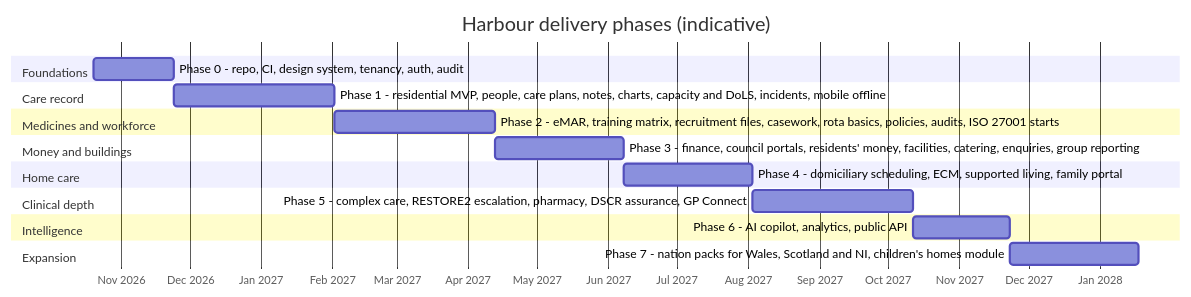
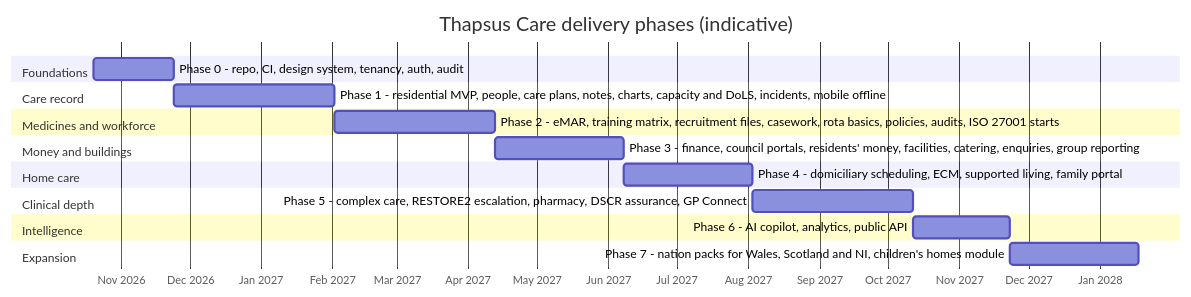
Before and after one commit to Bmwarari2/ROCHE: the fifth of 5 diagrams in docs/00-MASTER-PROMPT.md, drawn with Mermaid. The commit also changed other lines of this file and 376 other files, not shown here.

First line of the commit message:
chore(platform): rename the product to Thapsus Care where people read it (ADR-0127) (#181)

````diff
--- a/docs/00-MASTER-PROMPT.md
+++ b/docs/00-MASTER-PROMPT.md
@@ -918,22 +918,22 @@
 ```mermaid
 gantt
-  title Harbour delivery phases (indicative)
+  title Thapsus Care delivery phases (indicative)
   dateFormat  YYYY-MM-DD
   axisFormat  %b %Y
   section Foundations
   Phase 0 - repo, CI, design system, tenancy, auth, audit       :p0, 2026-10-20, 5w
   section Care record
   Phase 1 - residential MVP, people, care plans, notes, charts, capacity and DoLS, incidents, mobile offline :p1, after p0, 10w
   section Medicines and workforce
   Phase 2 - eMAR, training matrix, recruitment files, casework, rota basics, policies, audits, ISO 27001 starts :p2, after p1, 10w
   section Money and buildings
   Phase 3 - finance, council portals, residents' money, facilities, catering, enquiries, group reporting :p3, after p2, 8w
   section Home care
   Phase 4 - domiciliary scheduling, ECM, supported living, family portal :p4, after p3, 8w
   section Clinical depth
   Phase 5 - complex care, RESTORE2 escalation, pharmacy, DSCR assurance, GP Connect :p5, after p4, 10w
   section Intelligence
   Phase 6 - AI copilot, analytics, public API :p6, after p5, 6w
   section Expansion
   Phase 7 - nation packs for Wales, Scotland and NI, children's homes module :p7, after p6, 8w
 ```
````
